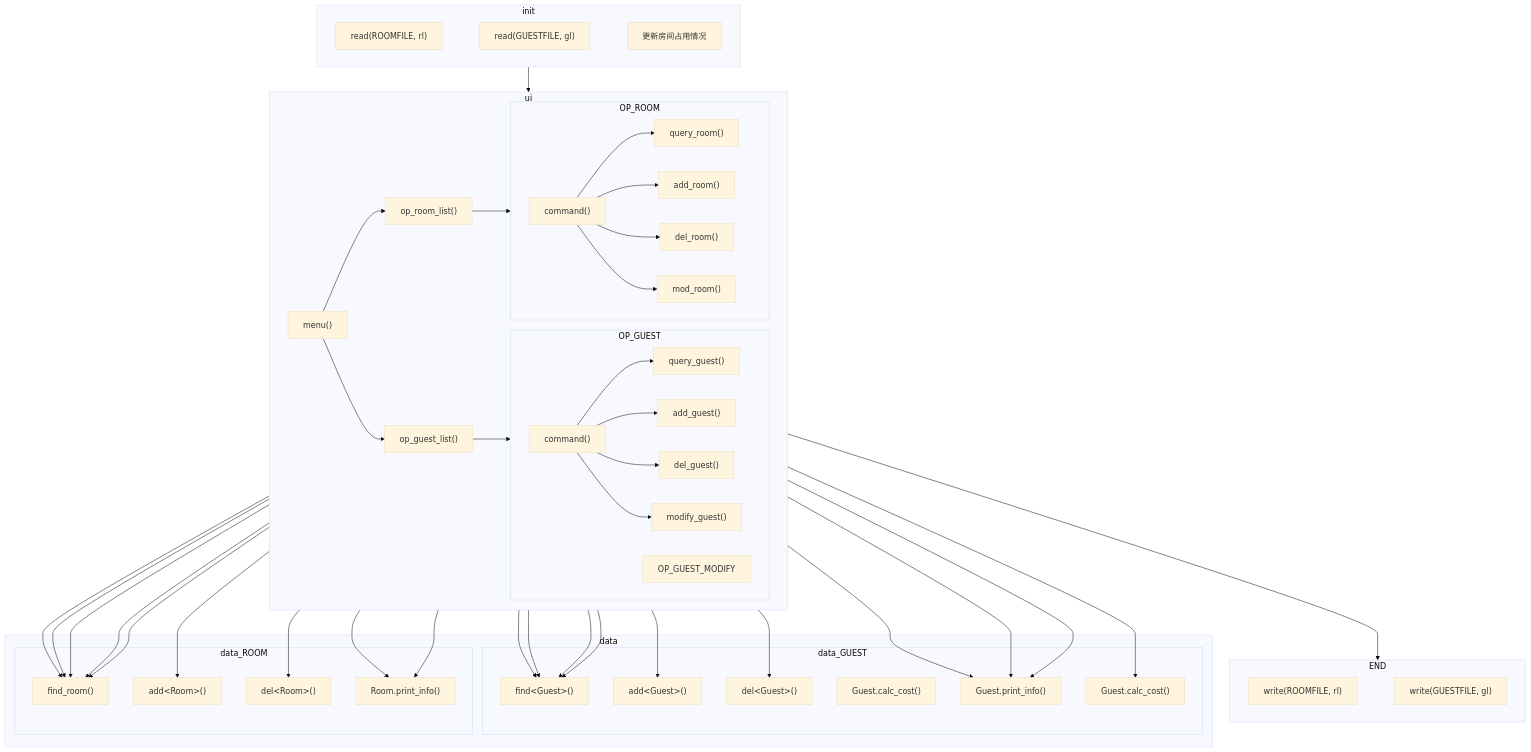
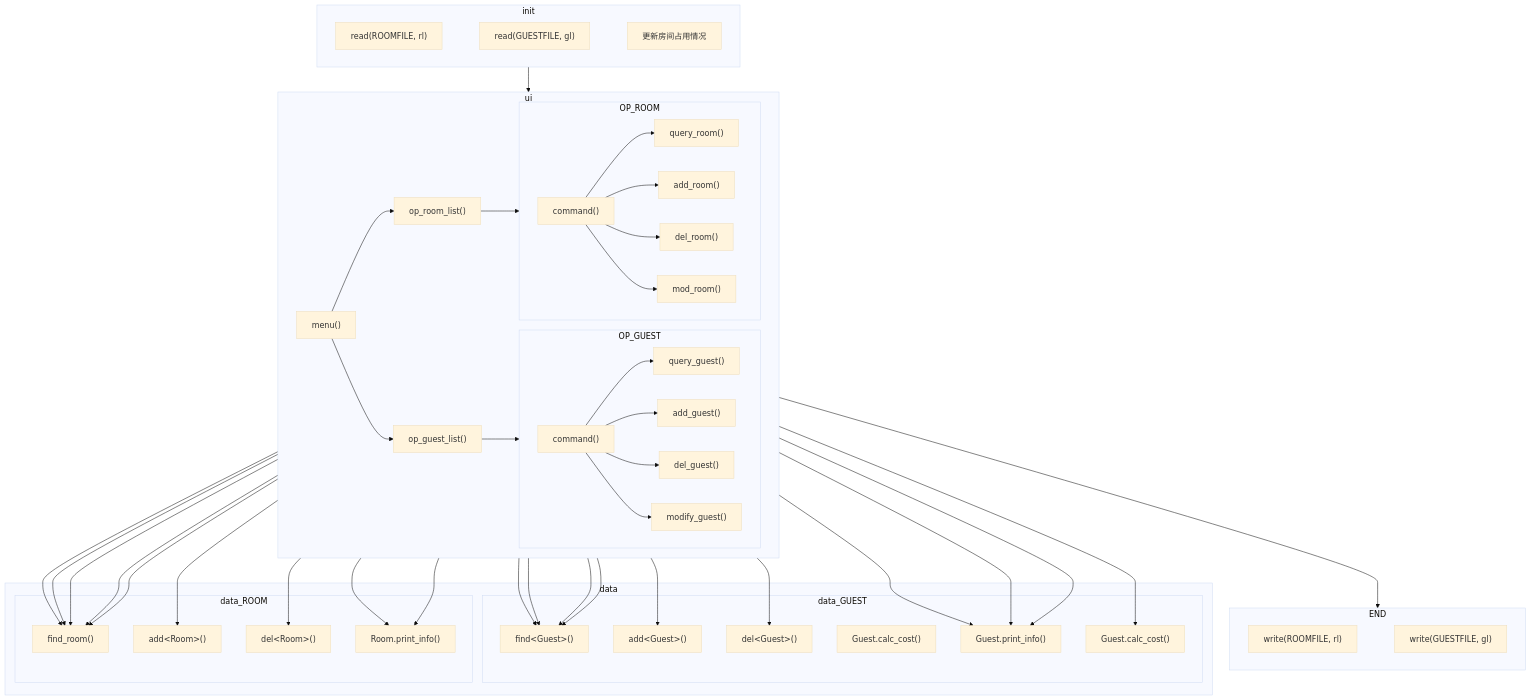
The third of 3 diagrams in README.md (456E646572/hotel-management-system), drawn with Mermaid (base theme) before and after one commit.

Commit message:
函数调用结构图里OP_GUEST_MOD的名字打错了

```diff
--- a/README.md
+++ b/README.md
@@ -171,10 +171,10 @@
         OP_GUEST_DEL-->GUEST_QUERY
         OP_GUEST_DEL-->GUEST_DEL
 
-        OP_GUEST_MODIFY-->GUEST_QUERY
-        OP_GUEST_MODIFY-->ROOM_QUERY
-        OP_GUEST_MODIFY-->GUEST_CALC
-        OP_GUEST_MODIFY-->GUEST_INFO
+        OP_GUEST_MOD-->GUEST_QUERY
+        OP_GUEST_MOD-->ROOM_QUERY
+        OP_GUEST_MOD-->GUEST_CALC
+        OP_GUEST_MOD-->GUEST_INFO
     end
 
     subgraph OP_ROOM
```
